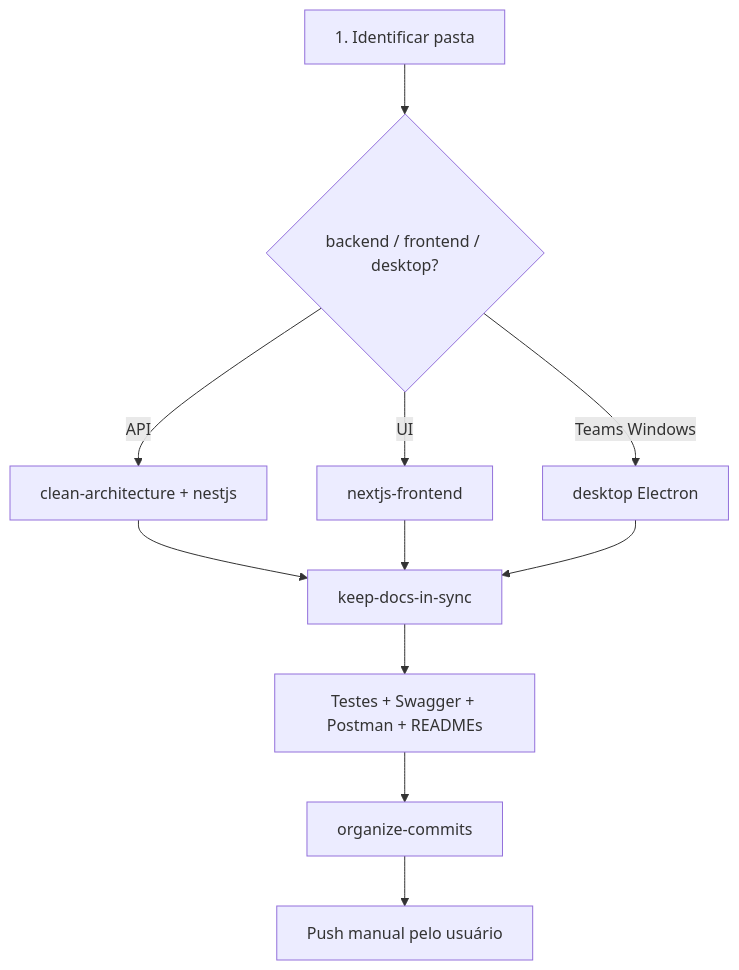
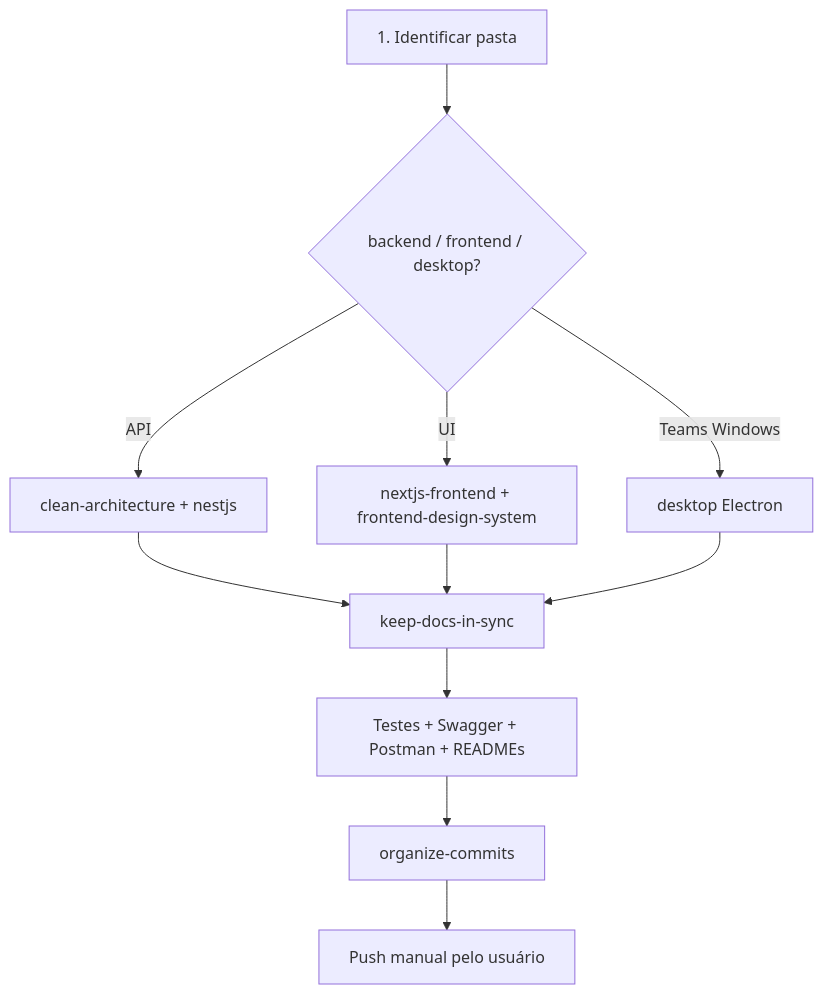
One commit to FranciscoStanley/meeting_scribe_annotations changed the diagram in .cursor/skills/meeting-scribe-development/SKILL.md. Above: the diagram before and after it, drawn with Mermaid. The commit also changed other lines of this file and 7 other files, not shown here.

First line of the commit message:
feat(frontend): design system corporativo e redirect do Swagger

````diff
--- a/.cursor/skills/meeting-scribe-development/SKILL.md
+++ b/.cursor/skills/meeting-scribe-development/SKILL.md
@@ -36,13 +37,13 @@
 ```mermaid
 flowchart TD
     A[1. Identificar pasta] --> B{backend / frontend / desktop?}
     B -->|API| C[clean-architecture + nestjs]
-    B -->|UI| D[nextjs-frontend]
+    B -->|UI| D[nextjs-frontend + frontend-design-system]
     B -->|Teams Windows| E[desktop Electron]
     C --> F[keep-docs-in-sync]
     D --> F
     E --> F
     F --> G[Testes + Swagger + Postman + READMEs]
     G --> H[organize-commits]
     H --> I[Push manual pelo usuário]
 ```
````
